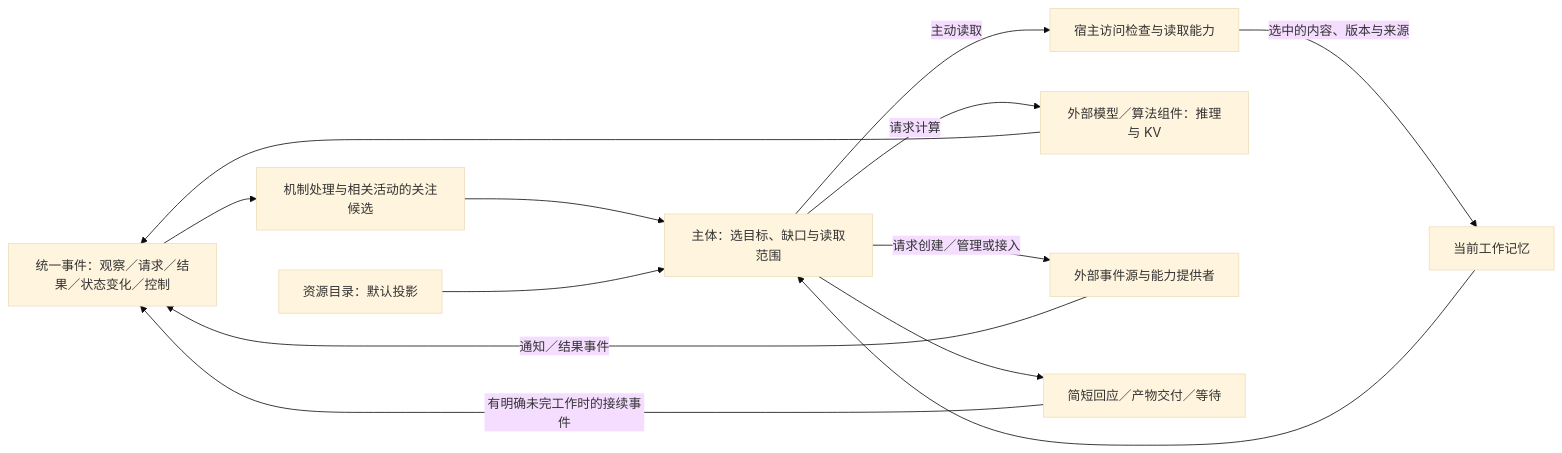
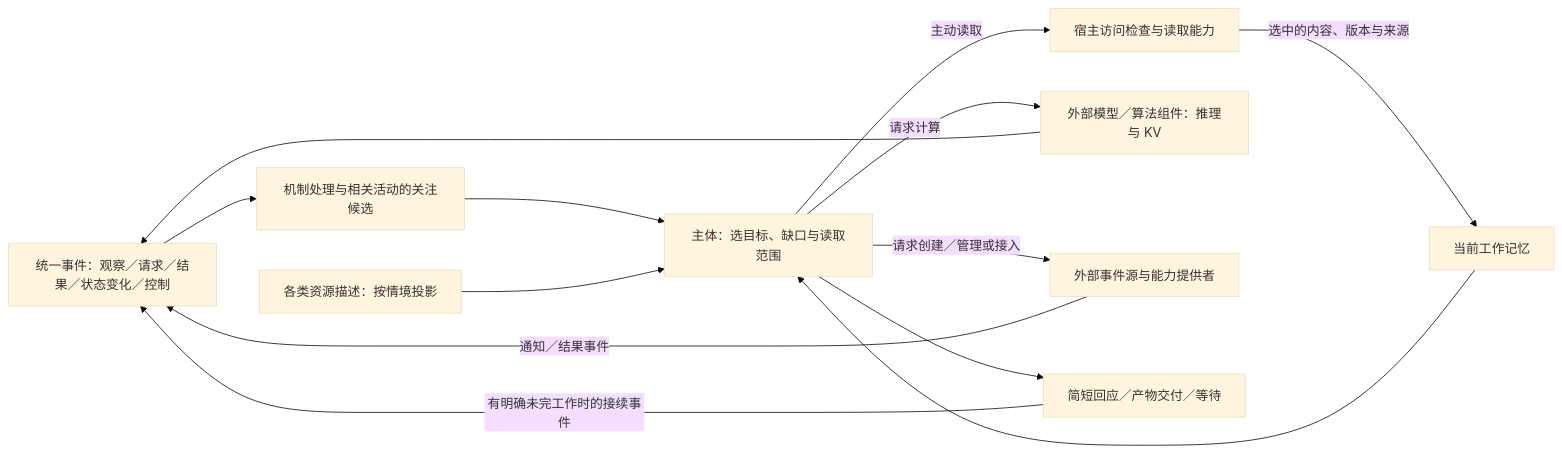
Before and after one commit to d7z-project/TinyAGI: the first of 2 diagrams in docs/projection-input-and-compute.md, drawn with Mermaid (base theme). The commit also changed other lines of this file and 13 other files, not shown here.

````diff
--- a/docs/projection-input-and-compute.md
+++ b/docs/projection-input-and-compute.md
@@ -29,15 +34,15 @@
 ```mermaid
 flowchart LR
     Input["统一事件：观察／请求／结果／状态变化／控制"] --> Ready["机制处理与相关活动的关注候选"]
     Ready --> Mind["主体：选目标、缺口与读取范围"]
-    Resources["资源目录：默认投影"] --> Mind
+    Resources["各类资源描述：按情境投影"] --> Mind
     Mind -->|"主动读取"| Read["宿主访问检查与读取能力"]
     Read -->|"选中的内容、版本与来源"| Work["当前工作记忆"]
     Work --> Mind
     Mind -->|"请求计算"| Compute["外部模型／算法组件：推理与 KV"]
     Compute --> Input
     Mind -->|"请求创建／管理或接入"| Sources["外部事件源与能力提供者"]
     Sources -->|"通知／结果事件"| Input
     Mind --> Reply["简短回应／产物交付／等待"]
     Reply -->|"有明确未完工作时的接续事件"| Input
 ```
````
